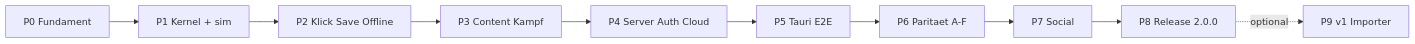
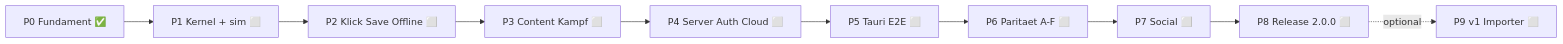
The second of 2 diagrams in docs/REWRITE_PLAN.md (Trobikus/archiv-des-vergessens-2), drawn with Mermaid before and after one commit. The commit also changed other lines of this file and 2 other files, not shown here.

````diff
--- a/docs/REWRITE_PLAN.md
+++ b/docs/REWRITE_PLAN.md
@@ -161,12 +190,12 @@
 ```mermaid
 graph LR
-  P0["P0 Fundament"] --> P1["P1 Kernel + sim"]
-  P1 --> P2["P2 Klick Save Offline"]
-  P2 --> P3["P3 Content Kampf"]
-  P3 --> P4["P4 Server Auth Cloud"]
-  P4 --> P5["P5 Tauri E2E"]
-  P5 --> P6["P6 Paritaet A-F"]
-  P6 --> P7["P7 Social"]
-  P7 --> P8["P8 Release 2.0.0"]
-  P8 -.optional.-> P9["P9 v1 Importer"]
+  P0["P0 Fundament ✅"] --> P1["P1 Kernel + sim ⬜"]
+  P1 --> P2["P2 Klick Save Offline ⬜"]
+  P2 --> P3["P3 Content Kampf ⬜"]
+  P3 --> P4["P4 Server Auth Cloud ⬜"]
+  P4 --> P5["P5 Tauri E2E ⬜"]
+  P5 --> P6["P6 Paritaet A-F ⬜"]
+  P6 --> P7["P7 Social ⬜"]
+  P7 --> P8["P8 Release 2.0.0 ⬜"]
+  P8 -.optional.-> P9["P9 v1 Importer ⬜"]
 ```
````
